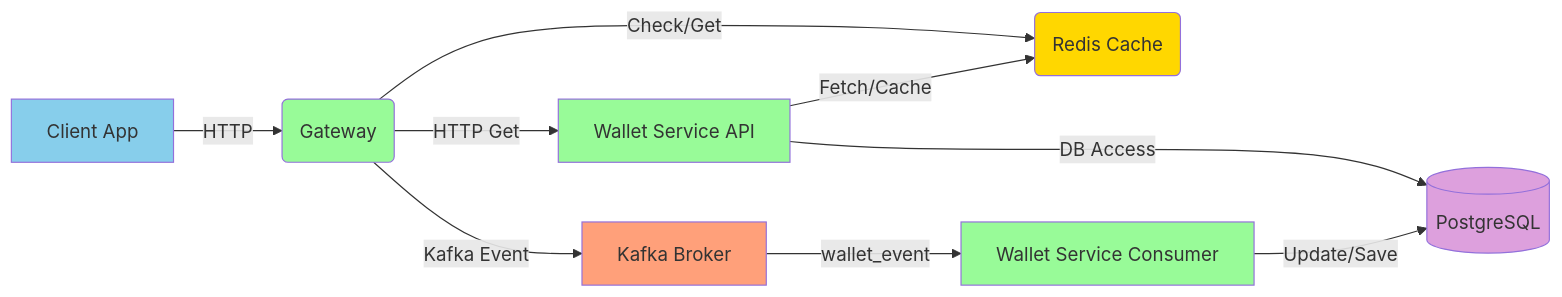
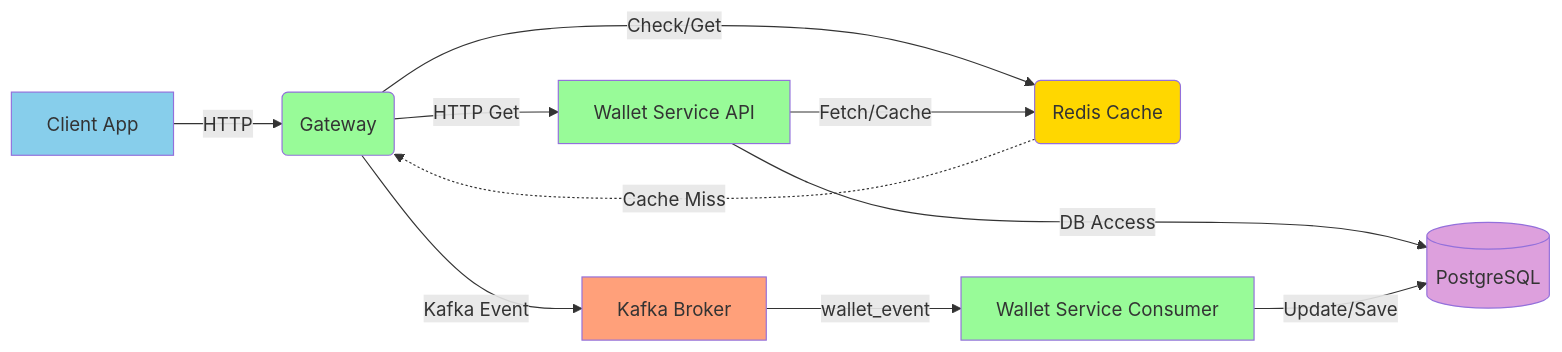
One commit to Romanenko3490/wallet-test changed the diagram in README.md. Above: the diagram before and after it, drawn with Mermaid.

Commit message:
Complete tests + 2 EndPoints

````diff
--- a/README.md
+++ b/README.md
@@ -9,26 +9,21 @@
 ```mermaid
-
-
-
 graph LR
     A[Client App] -->|HTTP| B(Gateway)
     B -->|Check/Get| C(Redis Cache)
+    C -.->|Cache Miss| B
     B -->|HTTP Get| D[Wallet Service API]
     D -->|Fetch/Cache| C
     B -->|Kafka Event| F[Kafka Broker]
     F -->|wallet_event| E[Wallet Service Consumer]
     D -->|DB Access| G[(PostgreSQL)]
     E -->|Update/Save| G
 
     style A fill:#87CEEB
     style B fill:#98FB98
     style C fill:#FFD700
     style D fill:#98FB98
     style E fill:#98FB98
     style F fill:#FFA07A
     style G fill:#DDA0DD
 
-
-
-
 ```
````
